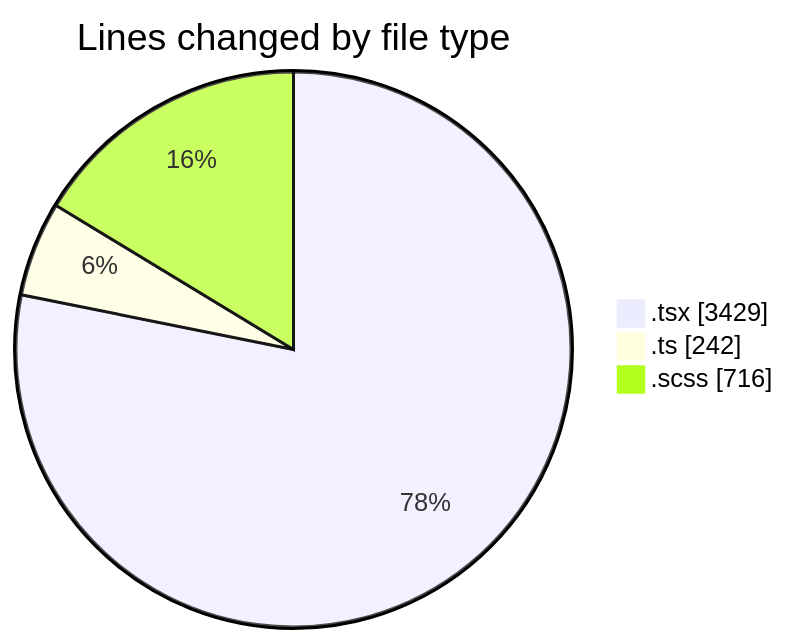
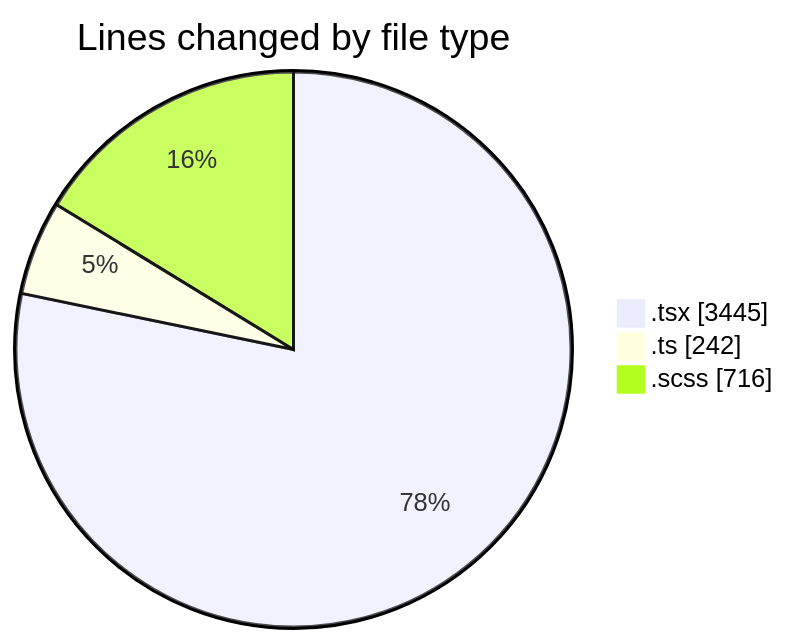
Before and after one commit to momahboobian/code-tracking: the first of 2 diagrams in 2025-09-15/cda/README.md, drawn with Mermaid. The commit also changed other lines of this file and 1 other file, not shown here.

````diff
--- a/2025-09-15/cda/README.md
+++ b/2025-09-15/cda/README.md
@@ -25,7 +25,7 @@
 ```mermaid
 pie showData
 title Lines changed by file type
-".tsx" : 3429
+".tsx" : 3445
 ".ts" : 242
 ".scss" : 716
 ```
````
